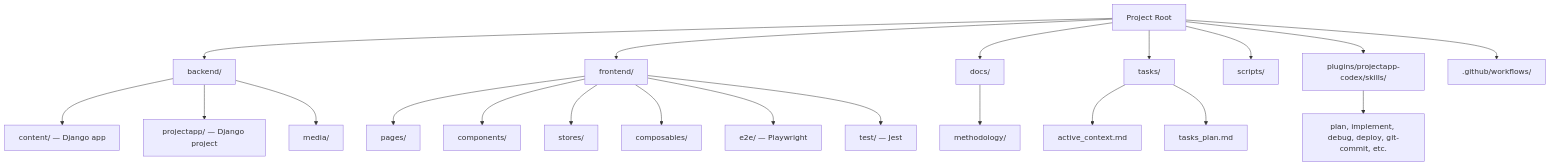
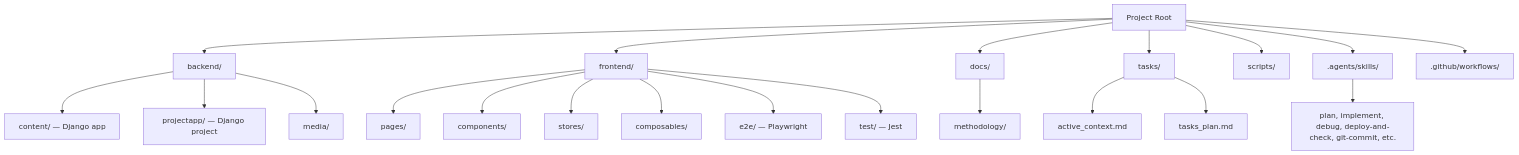
Before and after one commit to gustavop-dev/projectapp: the second of 2 diagrams in AGENTS.md, drawn with Mermaid. The commit also changed other lines of this file and 64 other files, not shown here.

First line of the commit message:
CHORE: complete Codex native-skills migration and sync Claude compat layer

````diff
--- a/AGENTS.md
+++ b/AGENTS.md
@@ -334,28 +333,28 @@
 ```mermaid
 flowchart TD
     Root[Project Root]
     Root --> Backend[backend/]
     Root --> Frontend[frontend/]
     Root --> Docs[docs/]
     Root --> Tasks[tasks/]
     Root --> Scripts[scripts/]
-    Root --> CodexSkills[plugins/projectapp-codex/skills/]
+    Root --> AgentSkills[.agents/skills/]
     Root --> GitHub[.github/workflows/]
 
     Backend --> BContent[content/ — Django app]
     Backend --> BProject[projectapp/ — Django project]
     Backend --> BMedia[media/]
 
     Frontend --> FPages[pages/]
     Frontend --> FComponents[components/]
     Frontend --> FStores[stores/]
     Frontend --> FComposables[composables/]
     Frontend --> FE2E[e2e/ — Playwright]
     Frontend --> FTest[test/ — Jest]
 
     Docs --> Methodology[methodology/]
     Tasks --> ActiveCtx[active_context.md]
     Tasks --> TasksPlan[tasks_plan.md]
 
-    CodexSkills --> SkillSet[plan, implement, debug, deploy, git-commit, etc.]
+    AgentSkills --> SkillSet[plan, implement, debug, deploy-and-check, git-commit, etc.]
 ```
````
